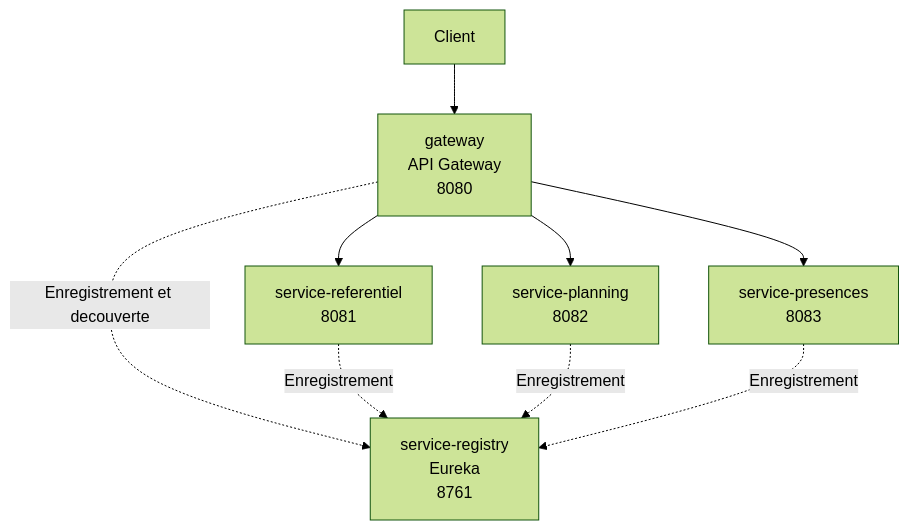
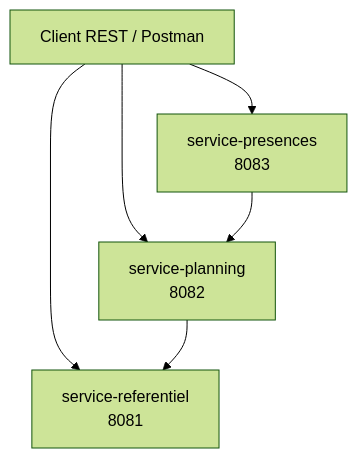
One commit to oussamaboukenze/Planif-Scolaire changed the second of 2 diagrams in README.md. Above: the diagram before and after it, drawn with Mermaid (forest theme). The commit also changed other lines of this file and 124 other files, not shown here.

````diff
--- a/README.md
+++ b/README.md
@@ -100,19 +98,12 @@
 ```mermaid
 flowchart TB
-    Client["Client"]
-    Gateway["gateway<br/>API Gateway<br/>8080"]
-    Eureka["service-registry<br/>Eureka<br/>8761"]
+    Client["Client REST / Postman"]
     Referentiel["service-referentiel<br/>8081"]
     Planning["service-planning<br/>8082"]
     Presences["service-presences<br/>8083"]
-
-    Client --> Gateway
-    Gateway --> Referentiel
-    Gateway --> Planning
-    Gateway --> Presences
-
-    Gateway -.->|Enregistrement et decouverte| Eureka
-    Referentiel -.->|Enregistrement| Eureka
-    Planning -.->|Enregistrement| Eureka
-    Presences -.->|Enregistrement| Eureka
+    Client --> Referentiel
+    Client --> Planning
+    Client --> Presences
+    Planning --> Referentiel
+    Presences --> Planning
 ```
````
